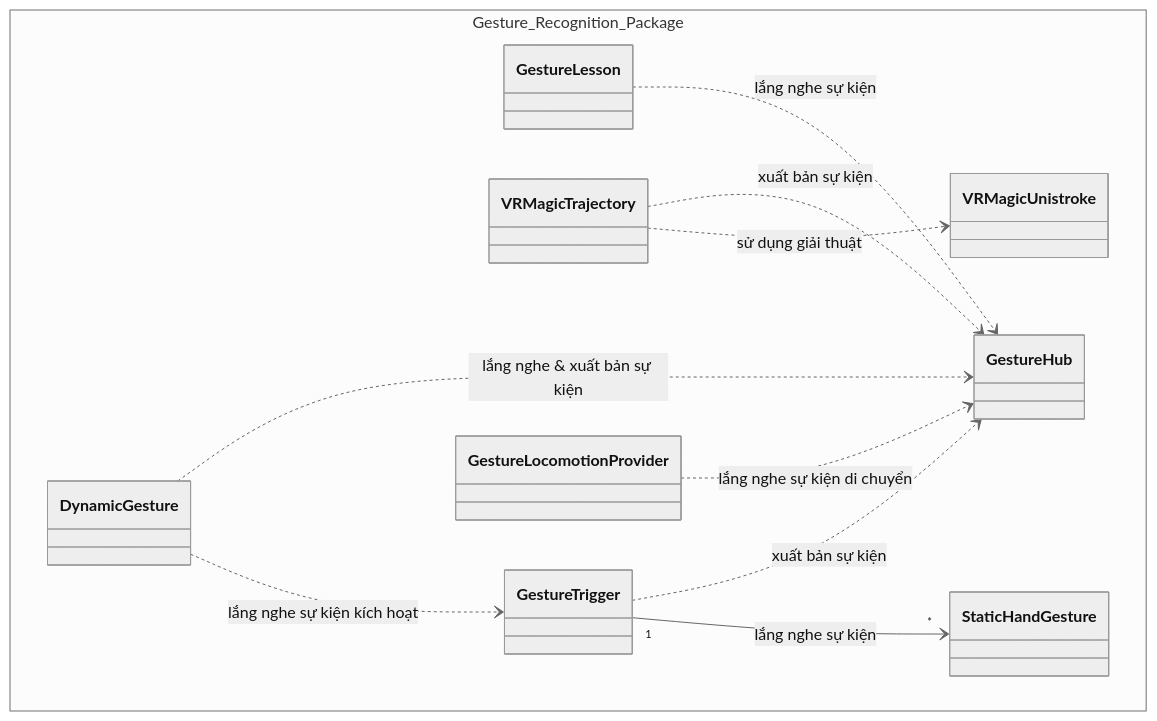
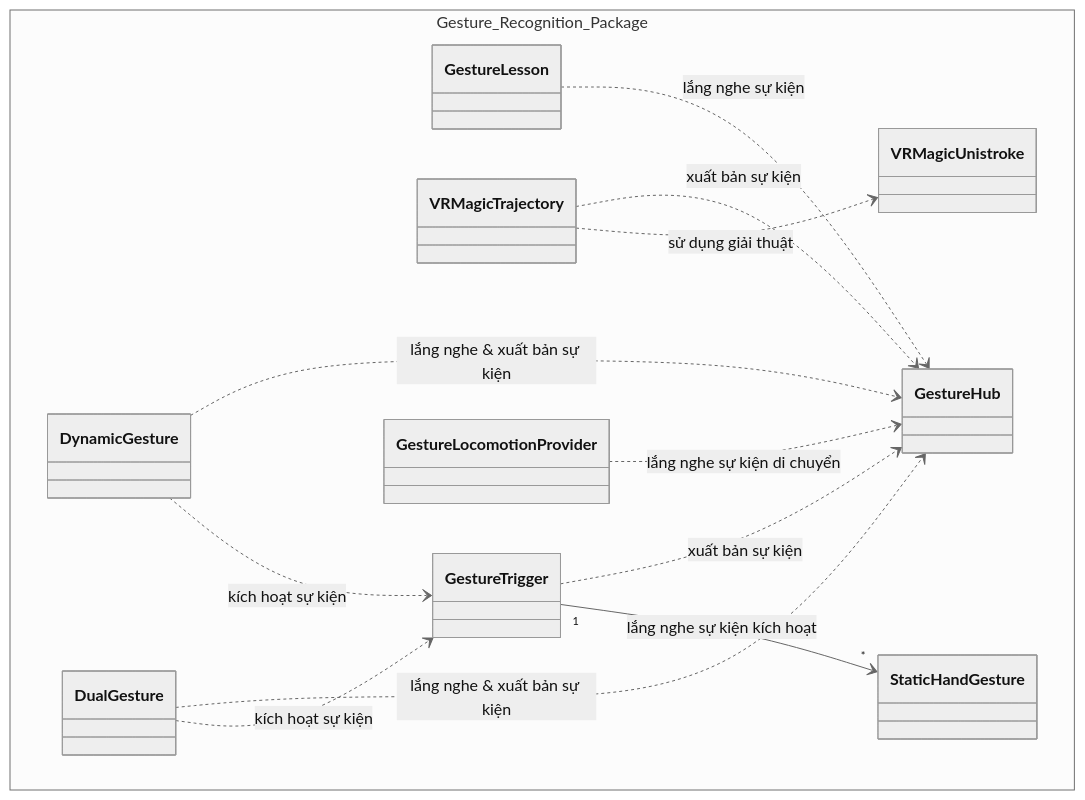
One commit to MinhTrinh04/ASL changed the third of 10 diagrams in docs/DATN/12-Chương_5_Các_giải_pháp_và_đóng_góp_nổi_bật.md. Above: the diagram before and after it, drawn with Mermaid. The commit also changed other lines of this file and 2 other files, not shown here.

Commit message:
update diagram b and codebase

````diff
--- a/docs/DATN/12-Chương_5_Các_giải_pháp_và_đóng_góp_nổi_bật.md
+++ b/docs/DATN/12-Chương_5_Các_giải_pháp_và_đóng_góp_nổi_bật.md
@@ -87,23 +87,26 @@
 ```mermaid
 %%{init: {'theme': 'neutral'}}%%
 classDiagram
     namespace Gesture_Recognition_Package {
         class GestureHub
         class GestureLesson
         class VRMagicTrajectory
         class VRMagicUnistroke
         class GestureTrigger
         class GestureLocomotionProvider
         class StaticHandGesture
         class DynamicGesture
+        class DualGesture
     }
 
     GestureLesson ..> GestureHub : lắng nghe sự kiện
     VRMagicTrajectory ..> GestureHub : xuất bản sự kiện
     VRMagicTrajectory ..> VRMagicUnistroke : sử dụng giải thuật
     GestureTrigger ..> GestureHub : xuất bản sự kiện
     GestureLocomotionProvider ..> GestureHub : lắng nghe sự kiện di chuyển
-    GestureTrigger "1" --> "*" StaticHandGesture : lắng nghe sự kiện
+    GestureTrigger "1" --> "*" StaticHandGesture : lắng nghe sự kiện kích hoạt
     DynamicGesture ..> GestureHub : lắng nghe & xuất bản sự kiện
-    DynamicGesture ..> GestureTrigger : lắng nghe sự kiện kích hoạt
+    DynamicGesture ..> GestureTrigger : kích hoạt sự kiện
+    DualGesture ..> GestureHub : lắng nghe & xuất bản sự kiện
+    DualGesture ..> GestureTrigger : kích hoạt sự kiện
 ```
````
